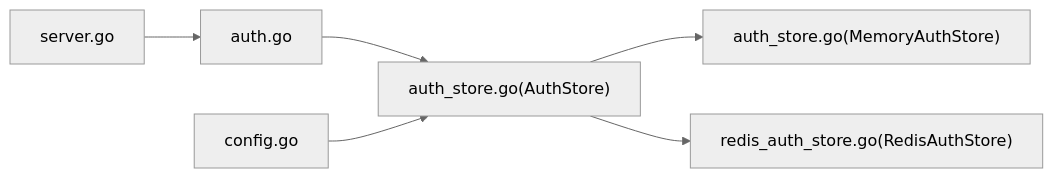
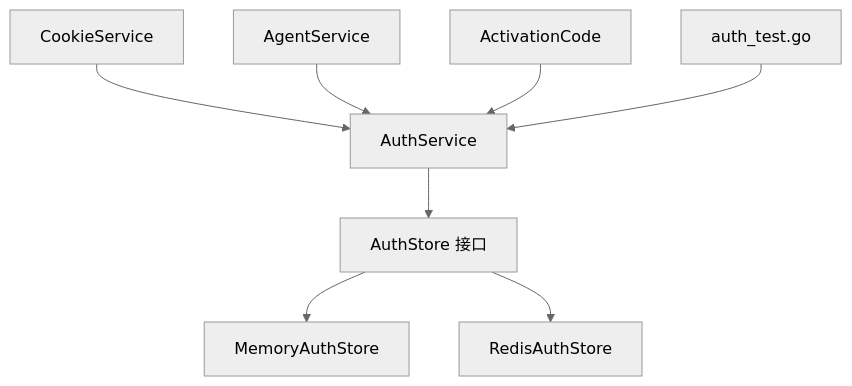
Before and after one commit to alvinwangzi/goodhr: the tenth of 11 diagrams in .qoder/repowiki/zh/content/云端后端服务/用户认证系统/会话管理机制.md, drawn with Mermaid (neutral theme). The commit also changed other lines of this file and 149 other files, not shown here.

````diff
--- a/.qoder/repowiki/zh/content/云端后端服务/用户认证系统/会话管理机制.md
+++ b/.qoder/repowiki/zh/content/云端后端服务/用户认证系统/会话管理机制.md
@@ -198,8 +400,10 @@
 ```mermaid
-graph LR
-S["server.go"] --> A["auth.go"]
-A --> I["auth_store.go(AuthStore)"]
-I --> M["auth_store.go(MemoryAuthStore)"]
-I --> R["redis_auth_store.go(RedisAuthStore)"]
-C["config.go"] --> I
+graph TB
+AuthService["AuthService"] --> AuthStore["AuthStore 接口"]
+AuthStore --> MemoryAuthStore["MemoryAuthStore"]
+AuthStore --> RedisAuthStore["RedisAuthStore"]
+CookieService["CookieService"] --> AuthService
+AgentService["AgentService"] --> AuthService
+ActivationCode["ActivationCode"] --> AuthService
+Tests["auth_test.go"] --> AuthService
 ```
````
